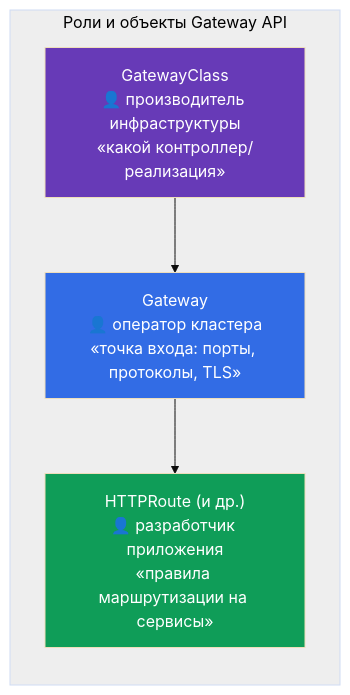
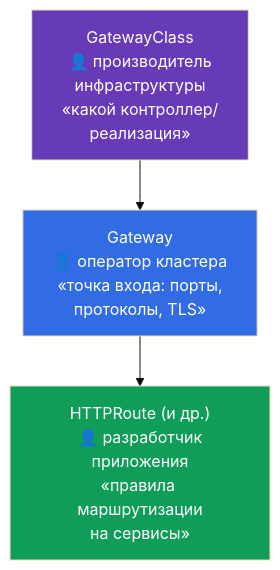
The second of 8 diagrams in tasks/cka/course/33/ru.md (ViktorUJ/cks), drawn with Mermaid (base theme) before and after one commit. The commit also changed other lines of this file and 30 other files, not shown here.

````diff
--- a/tasks/cka/course/33/ru.md
+++ b/tasks/cka/course/33/ru.md
@@ -47,14 +37,7 @@
 ```mermaid
 flowchart TB
-    subgraph Roles["Роли и объекты Gateway API"]
-        direction TB
-        gc["GatewayClass<br>👤 производитель инфраструктуры<br>«какой контроллер/реализация»"]
-        gw["Gateway<br>👤 оператор кластера<br>«точка входа: порты, протоколы, TLS»"]
-        rt["HTTPRoute (и др.)<br>👤 разработчик приложения<br>«правила маршрутизации на сервисы»"]
-    end
-    gc --> gw --> rt
-    style Roles fill:#eeeeee,color:#000
+    gc["GatewayClass<br>👤 производитель<br>инфраструктуры<br>«какой контроллер/<br>реализация»"] --> gw["Gateway<br>👤 оператор кластера<br>«точка входа: порты,<br>протоколы, TLS»"] --> rt["HTTPRoute (и др.)<br>👤 разработчик<br>приложения<br>«правила маршрутизации<br>на сервисы»"]
     style gc fill:#673ab7,color:#fff
     style gw fill:#326ce5,color:#fff
     style rt fill:#0f9d58,color:#fff
 ```
````
